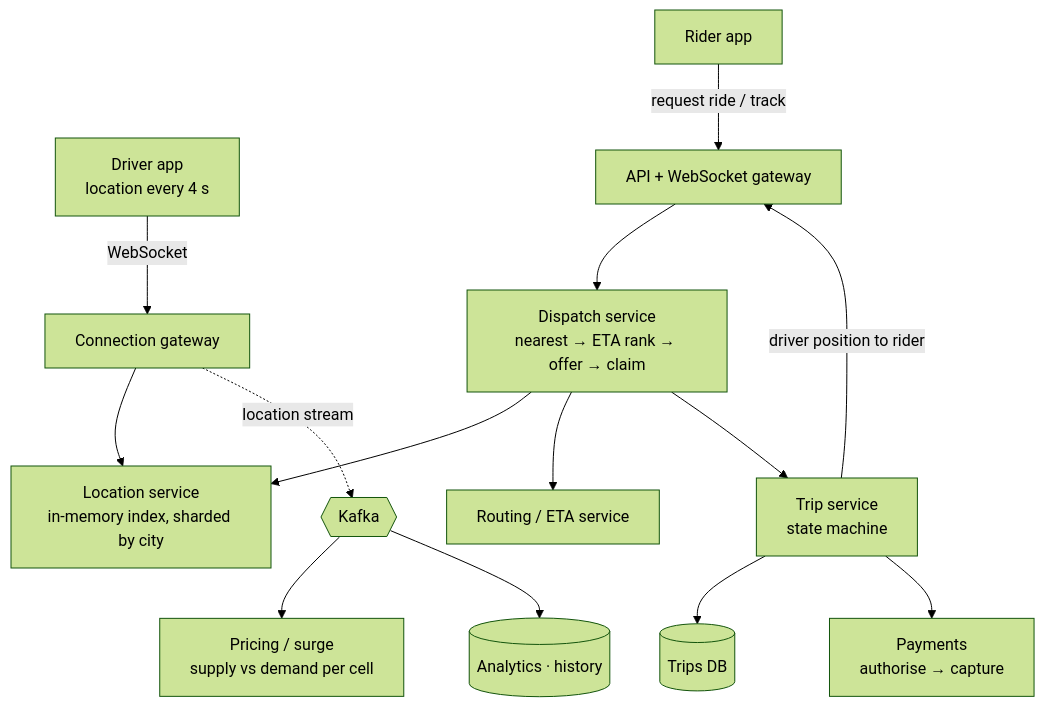
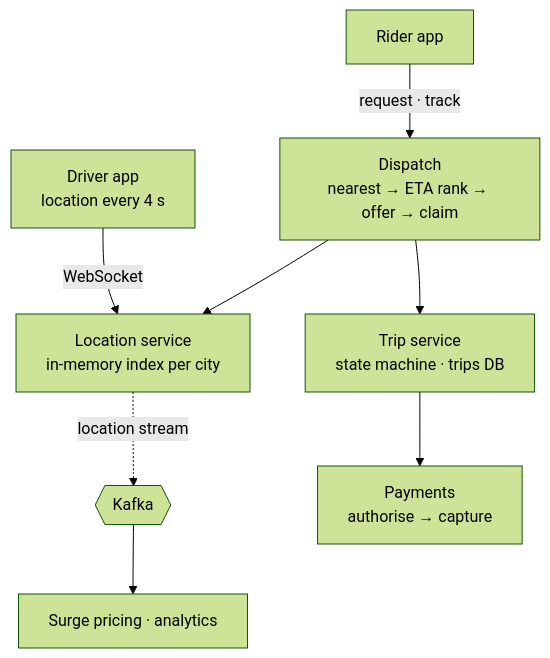
One commit to dhaval-76/engineering-field-guide changed the diagram in src/content/topics/system-design/ride-hailing/diagrams/ride-arch.mmd. Above: the diagram before and after it, drawn with Mermaid (forest theme). The commit also changed 22 other files, not shown here.

Commit message:
System design diagrams: narrow layouts for phones

```diff
--- a/src/content/topics/system-design/ride-hailing/diagrams/ride-arch.mmd
+++ b/src/content/topics/system-design/ride-hailing/diagrams/ride-arch.mmd
@@ -1,14 +1,8 @@
 flowchart TD
-  DA[Driver app<br/>location every 4 s] -- WebSocket --> GWD[Connection gateway]
-  RA[Rider app] -- request ride / track --> GWR[API + WebSocket gateway]
-  GWD --> LOC[Location service<br/>in-memory index, sharded by city]
-  GWD -. location stream .-> K{{Kafka}}
-  GWR --> DIS[Dispatch service<br/>nearest → ETA rank → offer → claim]
+  DA[Driver app<br/>location every 4 s] -- WebSocket --> LOC[Location service<br/>in-memory index per city]
+  RA[Rider app] -- "request · track" --> DIS[Dispatch<br/>nearest → ETA rank → offer → claim]
   DIS --> LOC
-  DIS --> ETA[Routing / ETA service]
-  DIS --> TRIP[Trip service<br/>state machine]
-  TRIP --> TDB[(Trips DB)]
+  DIS --> TRIP[Trip service<br/>state machine · trips DB]
   TRIP --> PAY[Payments<br/>authorise → capture]
-  K --> PRICE[Pricing / surge<br/>supply vs demand per cell]
-  K --> ANA[(Analytics · history)]
-  TRIP -- driver position to rider --> GWR
+  LOC -. location stream .-> K{{Kafka}}
+  K --> PRICE[Surge pricing · analytics]
```
